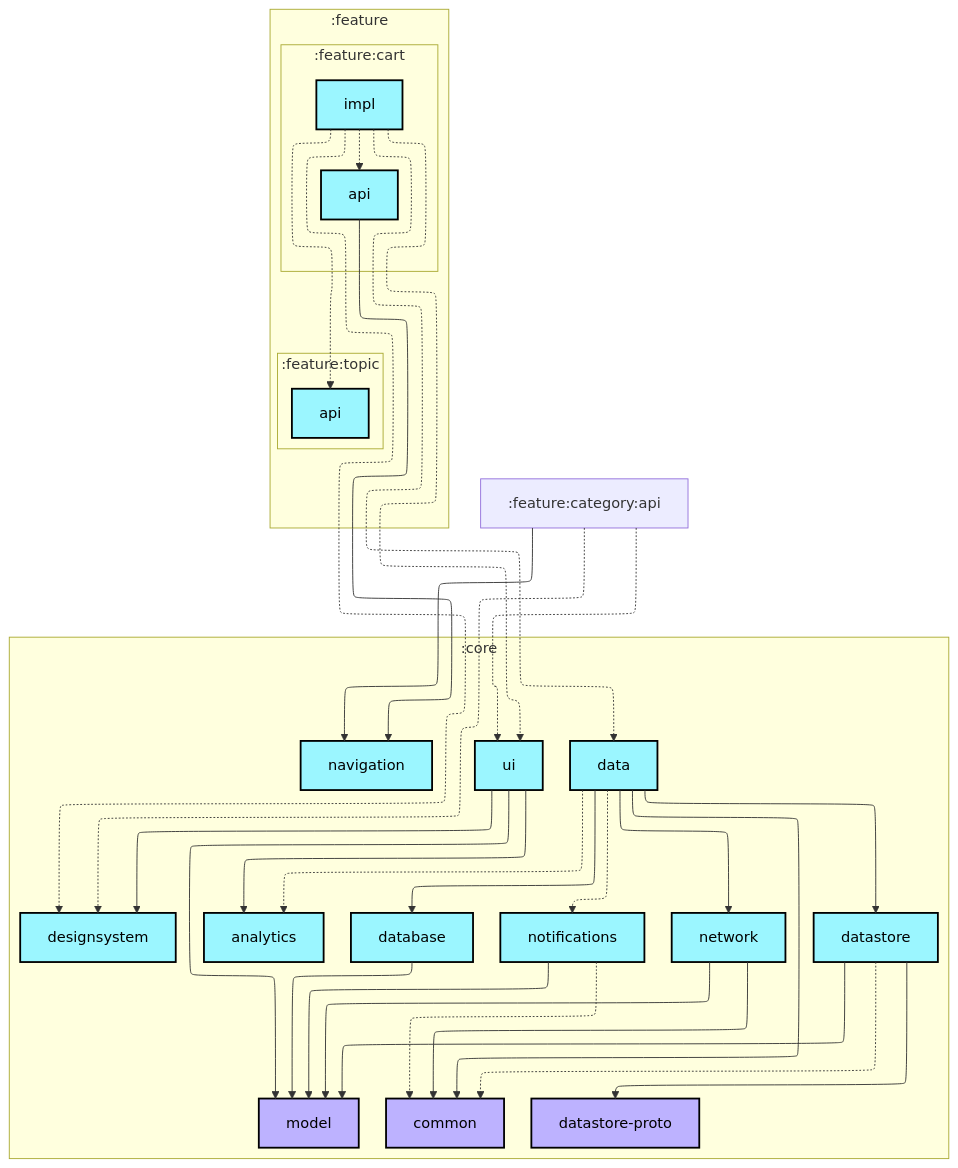
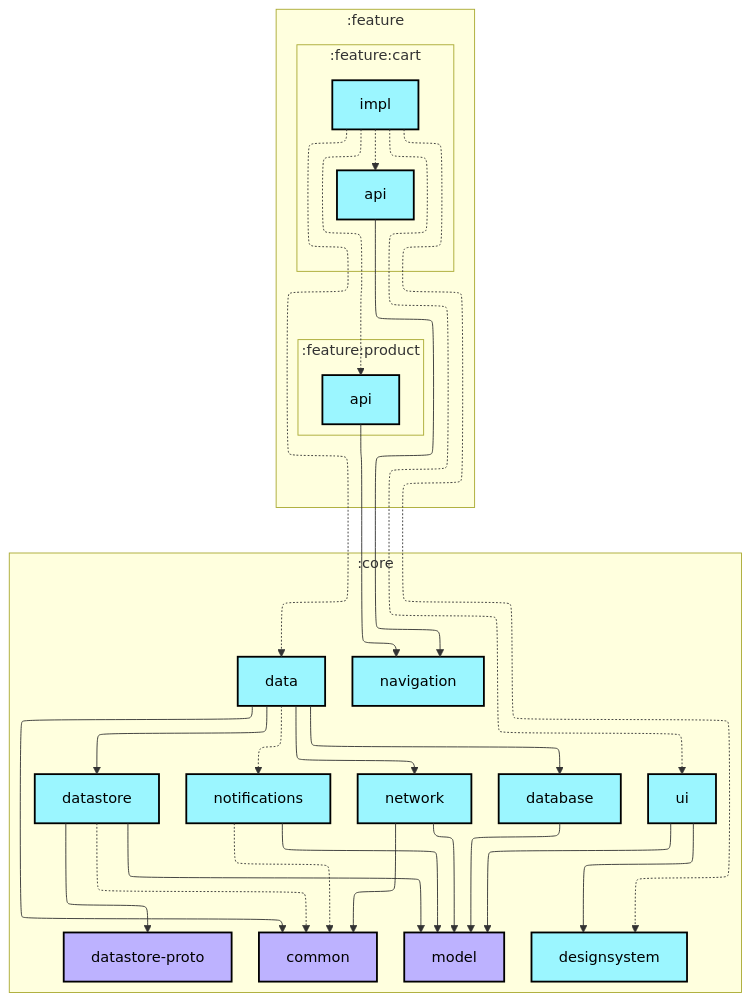
Before and after one commit to AshishMK/JetUpdates: the first of 2 diagrams in feature/cart/impl/README.md, drawn with Mermaid. The commit also changed 15 other files, not shown here.

Commit message:
feat: hideBottomBar logic All pull requests completed after PR # 2003Migrate project to Jetpack Navigation 3 to PR #2100 Update README graphs with correct datastore-proto plugin

````diff
--- a/feature/cart/impl/README.md
+++ b/feature/cart/impl/README.md
@@ -6,70 +6,65 @@
 ```mermaid
 ---
 config:
   layout: elk
   elk:
     nodePlacementStrategy: SIMPLE
 ---
 graph TB
   subgraph :feature
     direction TB
     subgraph :feature:cart
       direction TB
       :feature:cart:api[api]:::android-library
       :feature:cart:impl[impl]:::android-library
     end
-    subgraph :feature:topic
+    subgraph :feature:product
       direction TB
-      :feature:topic:api[api]:::android-library
+      :feature:product:api[api]:::android-library
     end
   end
   subgraph :core
     direction TB
-    :core:analytics[analytics]:::android-library
     :core:common[common]:::jvm-library
     :core:data[data]:::android-library
     :core:database[database]:::android-library
     :core:datastore[datastore]:::android-library
     :core:datastore-proto[datastore-proto]:::jvm-library
     :core:designsystem[designsystem]:::android-library
     :core:model[model]:::jvm-library
     :core:navigation[navigation]:::android-library
     :core:network[network]:::android-library
     :core:notifications[notifications]:::android-library
     :core:ui[ui]:::android-library
   end
 
-  :core:data -.-> :core:analytics
   :core:data --> :core:common
   :core:data --> :core:database
   :core:data --> :core:datastore
   :core:data --> :core:network
   :core:data -.-> :core:notifications
   :core:database --> :core:model
   :core:datastore -.-> :core:common
   :core:datastore --> :core:datastore-proto
   :core:datastore --> :core:model
   :core:network --> :core:common
   :core:network --> :core:model
   :core:notifications -.-> :core:common
   :core:notifications --> :core:model
-  :core:ui --> :core:analytics
   :core:ui --> :core:designsystem
   :core:ui --> :core:model
   :feature:cart:api --> :core:navigation
   :feature:cart:impl -.-> :core:data
   :feature:cart:impl -.-> :core:designsystem
   :feature:cart:impl -.-> :core:ui
   :feature:cart:impl -.-> :feature:cart:api
-  :feature:cart:impl -.-> :feature:topic:api
-  :feature:category:api -.-> :core:designsystem
-  :feature:category:api --> :core:navigation
-  :feature:category:api -.-> :core:ui
+  :feature:cart:impl -.-> :feature:product:api
+  :feature:product:api --> :core:navigation
 
 classDef android-application fill:#CAFFBF,stroke:#000,stroke-width:2px,color:#000;
 classDef android-feature fill:#FFD6A5,stroke:#000,stroke-width:2px,color:#000;
 classDef android-library fill:#9BF6FF,stroke:#000,stroke-width:2px,color:#000;
 classDef android-test fill:#A0C4FF,stroke:#000,stroke-width:2px,color:#000;
 classDef jvm-library fill:#BDB2FF,stroke:#000,stroke-width:2px,color:#000;
 classDef unknown fill:#FFADAD,stroke:#000,stroke-width:2px,color:#000;
 ```
````
